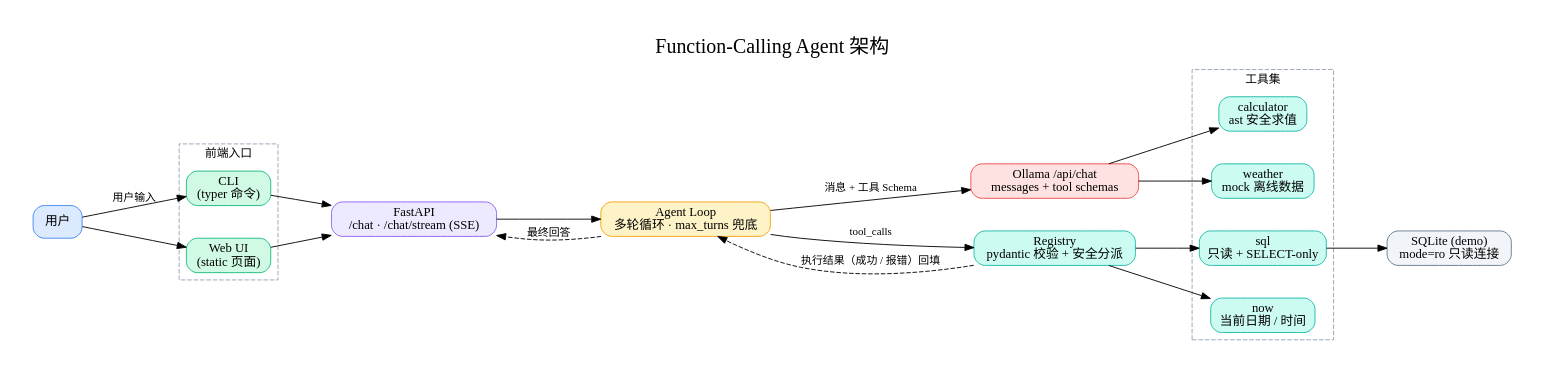
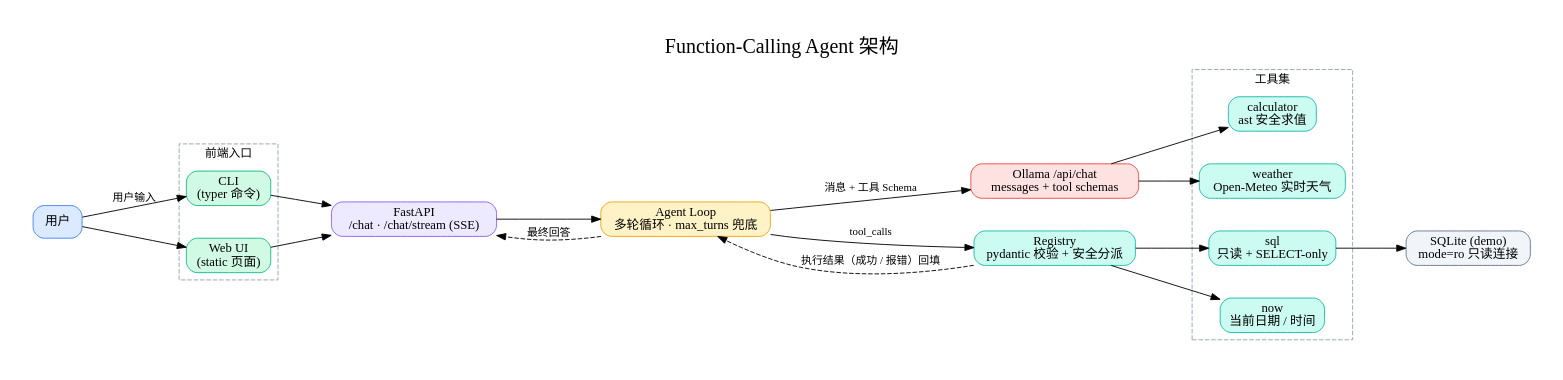
One commit to ALeiQ/02-Function-Calling-Agent changed the diagram in docs/architecture.dot. Above: the diagram before and after it, drawn with Graphviz. The commit also changed 4 other files, not shown here.

Commit message:
feat: weather 改为 Open-Meteo 实时天气（免 key），移除离线 mock；测试离线 mock HTTP；README/架构图同步

```diff
--- a/docs/architecture.dot
+++ b/docs/architecture.dot
@@ -1,78 +1,78 @@
 digraph FunctionCallingAgent {
     rankdir = LR;
     splines = spline;
     nodesep = 0.5;
     ranksep = 0.9;
     graph [
         fontname = "PingFang SC"
         label = "Function-Calling Agent 架构"
         labelloc = t
         fontsize = 22
         pad = 0.4
     ];
     node [
         fontname = "PingFang SC"
         shape = box
         style = "rounded,filled"
         fontsize = 14
     ];
     edge [
         fontname = "PingFang SC"
         fontsize = 12
     ];
 
     user [ label = "用户", fillcolor = "#dbeafe", color = "#3b82f6" ];
 
     subgraph cluster_frontend {
         label = "前端入口"
         fontsize = 13
         style = dashed
         color = "#94a3b8"
         cli [ label = "CLI\n(typer 命令)", fillcolor = "#d1fae5", color = "#10b981" ];
         webui [ label = "Web UI\n(static 页面)", fillcolor = "#d1fae5", color = "#10b981" ];
     }
 
     api [ label = "FastAPI\n/chat · /chat/stream (SSE)", fillcolor = "#ede9fe", color = "#8b5cf6" ];
 
     loop [ label = "Agent Loop\n多轮循环 · max_turns 兜底", fillcolor = "#fef3c7", color = "#f59e0b" ];
 
     ollama [ label = "Ollama /api/chat\nmessages + tool schemas", fillcolor = "#fee2e2", color = "#ef4444" ];
     registry [ label = "Registry\npydantic 校验 + 安全分派", fillcolor = "#ccfbf1", color = "#14b8a6" ];
 
     subgraph cluster_tools {
         label = "工具集"
         fontsize = 13
         style = dashed
         color = "#94a3b8"
         calculator [ label = "calculator\nast 安全求值", fillcolor = "#ccfbf1", color = "#14b8a6" ];
-        weather [ label = "weather\nmock 离线数据", fillcolor = "#ccfbf1", color = "#14b8a6" ];
+        weather [ label = "weather\nOpen-Meteo 实时天气", fillcolor = "#ccfbf1", color = "#14b8a6" ];
         sql [ label = "sql\n只读 + SELECT-only", fillcolor = "#ccfbf1", color = "#14b8a6" ];
         now [ label = "now\n当前日期 / 时间", fillcolor = "#ccfbf1", color = "#14b8a6" ];
     }
 
     sqlite [ label = "SQLite (demo)\nmode=ro 只读连接", fillcolor = "#f1f5f9", color = "#64748b" ];
 
     user -> cli [ label = "用户输入" ];
     user -> webui;
     cli -> api;
     webui -> api;
     api -> loop;
     loop -> ollama [ label = "消息 + 工具 Schema" ];
     loop -> registry [ label = "tool_calls" ];
     ollama -> calculator;
     ollama -> weather;
     registry -> sql;
     registry -> now;
     sql -> sqlite;
 
     registry -> loop [
         label = "执行结果（成功 / 报错）回填"
         style = dashed
         constraint = false
     ];
     loop -> api [
         label = "最终回答"
         style = dashed
         constraint = false
     ];
 }
```
